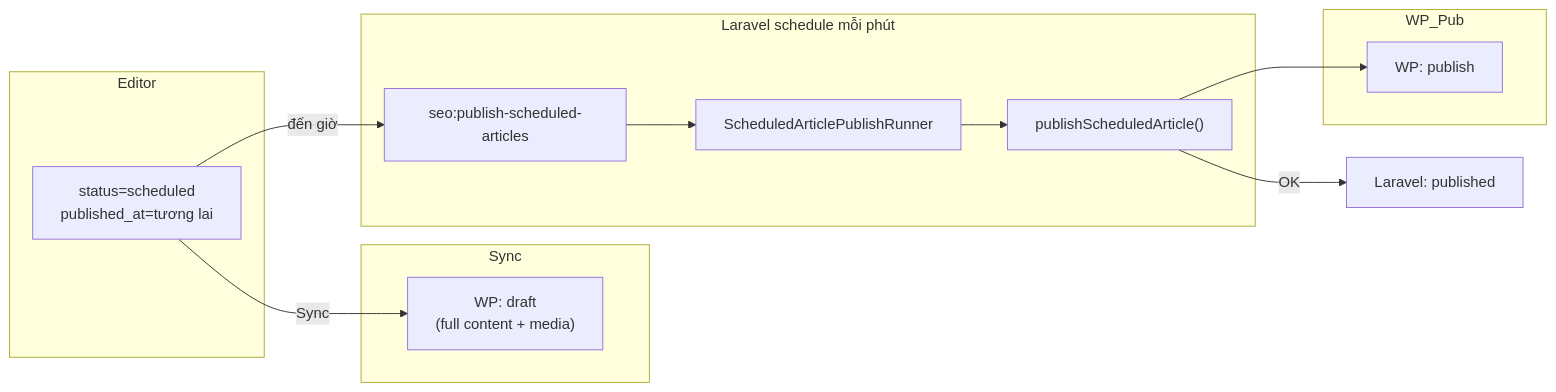
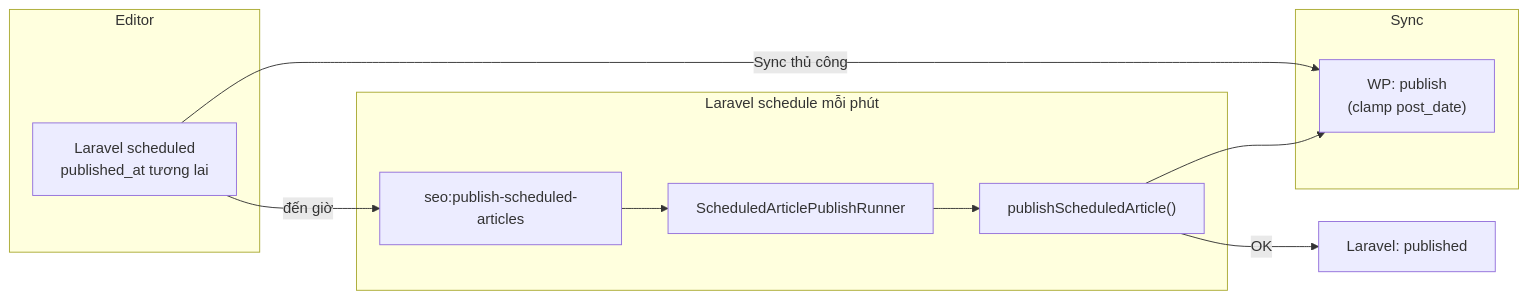
Before and after one commit to trung8356621/omnichannel-backend: the eighth of 8 diagrams in docs/MAP_SEO_EDITOR.md, drawn with Mermaid. The commit also changed other lines of this file and 85 other files, not shown here.

````diff
--- a/docs/MAP_SEO_EDITOR.md
+++ b/docs/MAP_SEO_EDITOR.md
@@ -600,24 +600,20 @@
 ```mermaid
 flowchart LR
     subgraph Editor
-        SCH["status=scheduled<br/>published_at=tương lai"]
+        SCH["Laravel scheduled<br/>published_at tương lai"]
     end
 
     subgraph Sync
-        WP_DRAFT["WP: draft<br/>(full content + media)"]
+        WP_PUB_NOW["WP: publish<br/>(clamp post_date)"]
     end
 
     subgraph Cron["Laravel schedule mỗi phút"]
         CMD["seo:publish-scheduled-articles"]
         RUN["ScheduledArticlePublishRunner"]
         PUB["publishScheduledArticle()"]
     end
 
-    subgraph WP_Pub
-        WP_PUB["WP: publish"]
-    end
-
-    SCH -->|"Sync"| WP_DRAFT
-    SCH -->|"đến giờ"| CMD --> RUN --> PUB --> WP_PUB
+    SCH -->|"Sync thủ công"| WP_PUB_NOW
+    SCH -->|"đến giờ"| CMD --> RUN --> PUB --> WP_PUB_NOW
     PUB -->|"OK"| LAR["Laravel: published"]
 ```
````
